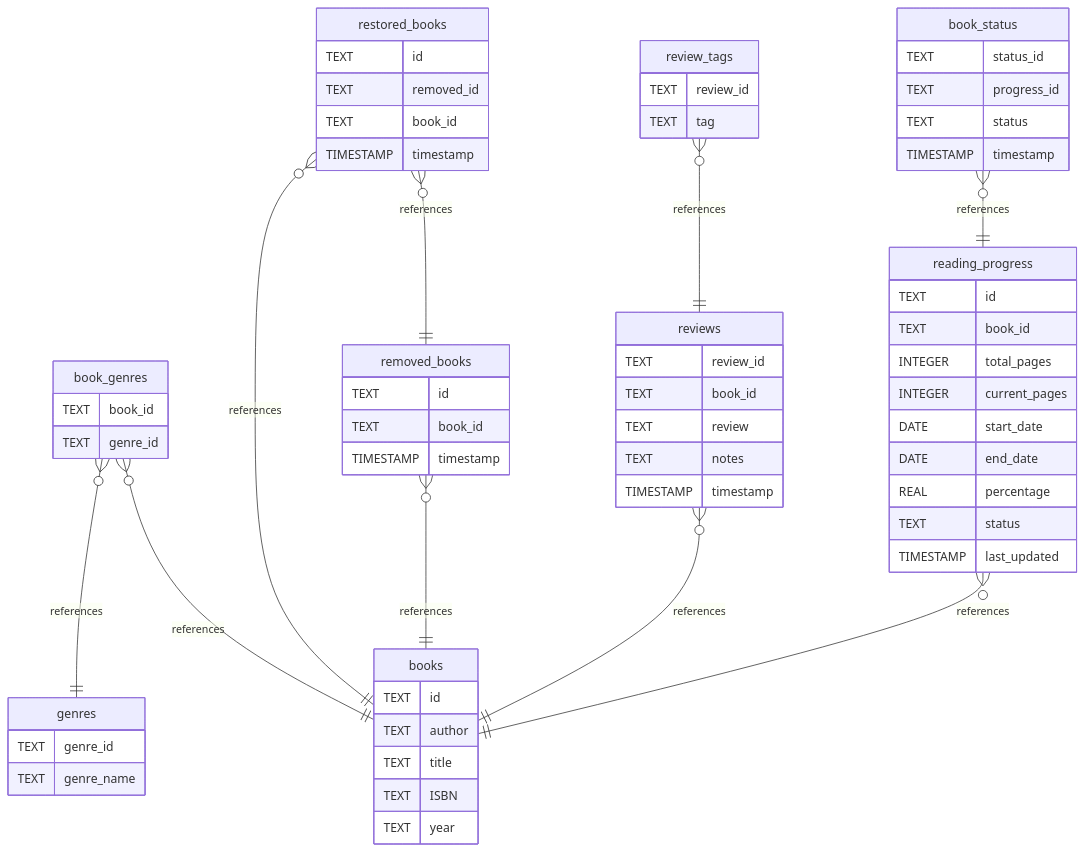
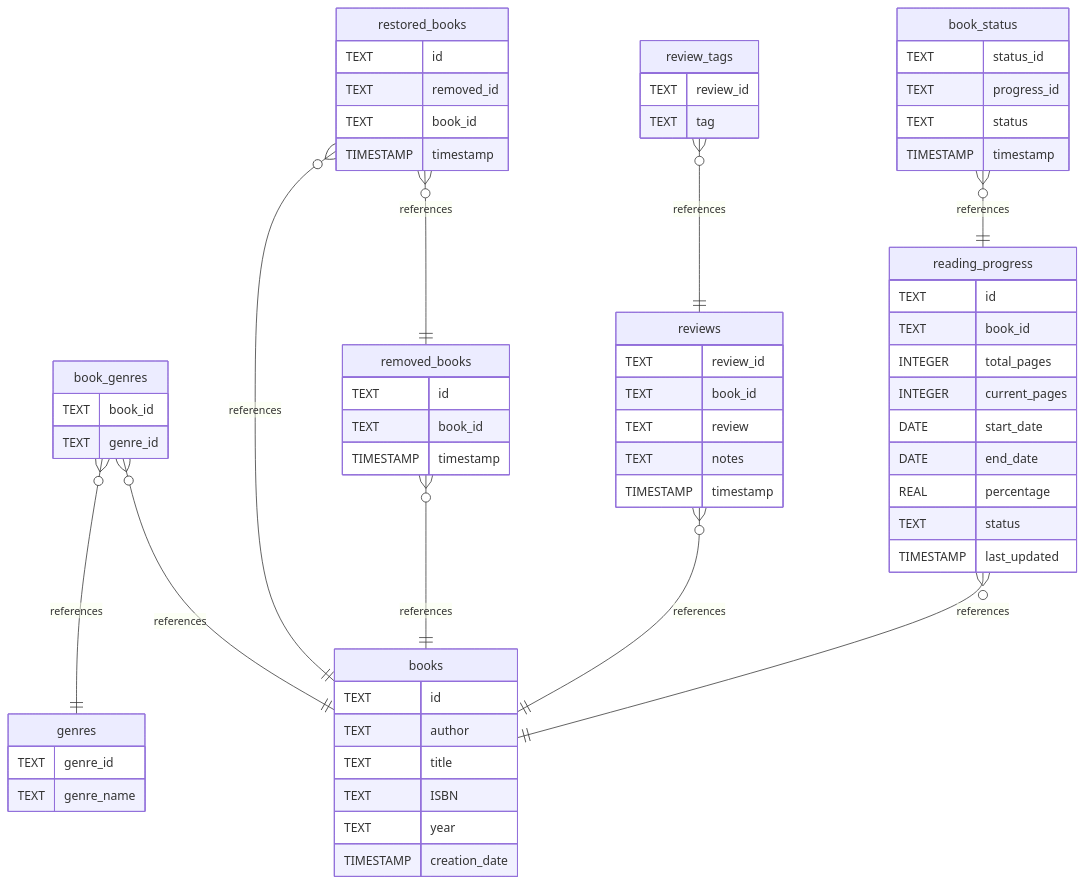
The second of 3 diagrams in Book Tracker App Documentation.md (luckysaintmolotov/book-tracker-app), drawn with Mermaid before and after one commit.

Commit message:
updated flow

````diff
--- a/Book Tracker App Documentation.md
+++ b/Book Tracker App Documentation.md
@@ -53,76 +53,77 @@
 ```mermaid
 erDiagram
 	book_genres }o--|| books : references
 	book_genres }o--|| genres : references
 	reading_progress }o--|| books : references
 	book_status }o--|| reading_progress : references
 	reviews }o--|| books : references
 	review_tags }o--|| reviews : references
 	removed_books }o--|| books : references
 	restored_books }o--|| removed_books : references
 	restored_books }o--|| books : references
 
 	books {
 		TEXT id
 		TEXT author
 		TEXT title
 		TEXT ISBN
         TEXT year
+        TIMESTAMP creation_date
 	}
 
 	genres {
 		TEXT genre_id
 		TEXT genre_name
 	}
 
 	book_genres {
 		TEXT book_id
 		TEXT genre_id
 	}
 
 	reading_progress {
 		TEXT id
 		TEXT book_id
 		INTEGER total_pages
 		INTEGER current_pages
 		DATE start_date
 		DATE end_date
 		REAL percentage
 		TEXT status
 		TIMESTAMP last_updated
 	}
 
 	book_status {
 		TEXT status_id
 		TEXT progress_id
 		TEXT status
 		TIMESTAMP timestamp
 	}
 
 	reviews {
 		TEXT review_id
 		TEXT book_id
 		TEXT review
 		TEXT notes
 		TIMESTAMP timestamp
 	}
 
 	review_tags {
 		TEXT review_id
 		TEXT tag
 	}
 
 	removed_books {
 		TEXT id
 		TEXT book_id
 		TIMESTAMP timestamp
 	}
 
 	restored_books {
 		TEXT id
 		TEXT removed_id
 		TEXT book_id
 		TIMESTAMP timestamp
 	}
 
 ```
````
